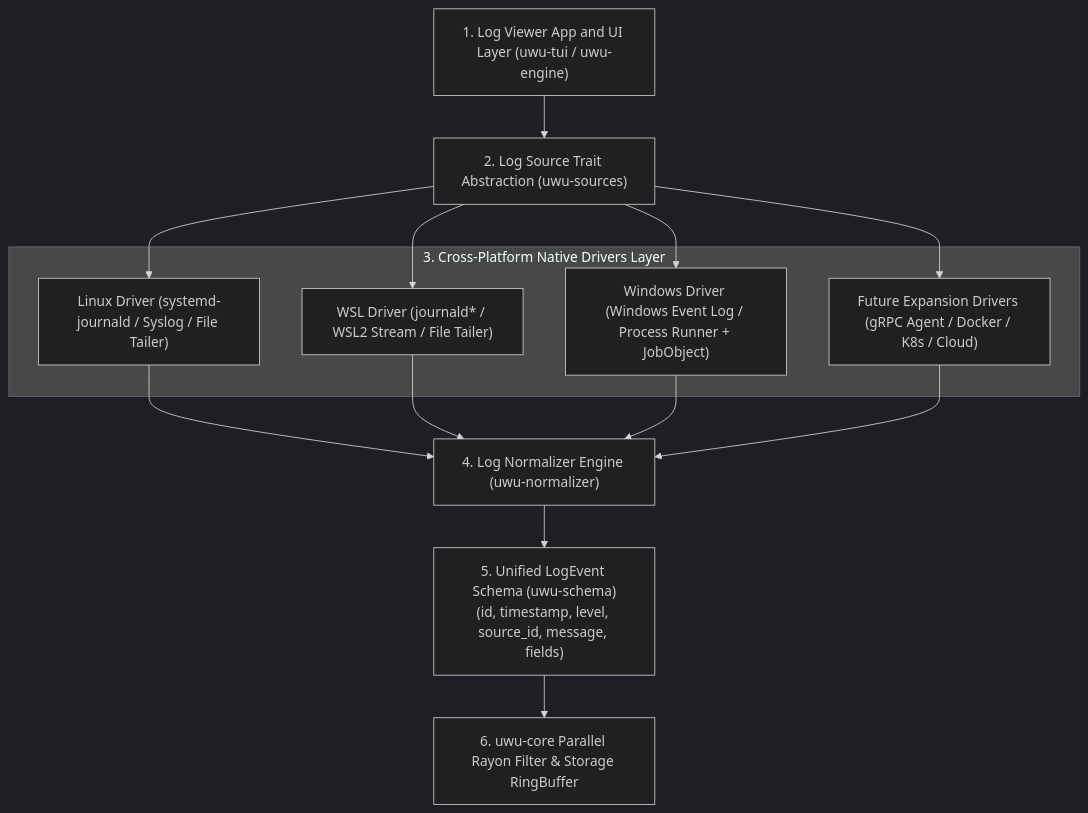
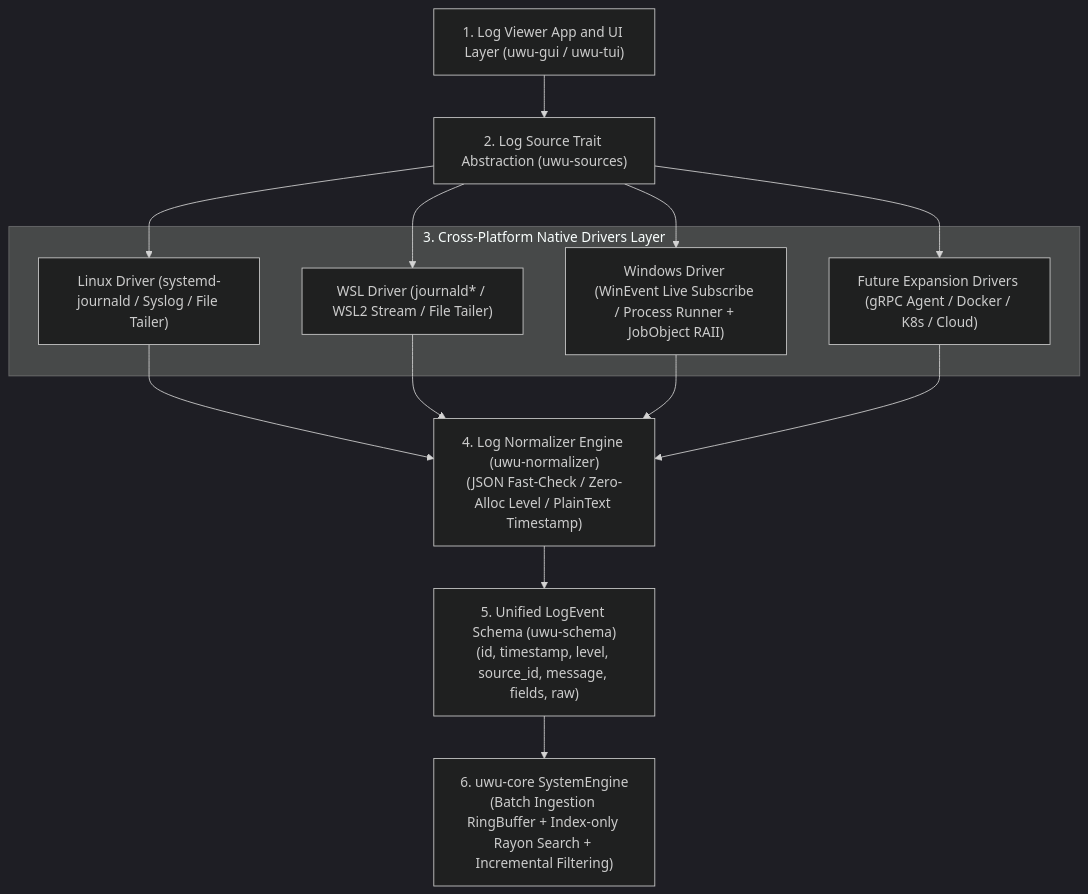
One commit to gavuhop/uwulog-rust changed the first of 3 diagrams in archi.md. Above: the diagram before and after it, drawn with Mermaid (dark theme). The commit also changed other lines of this file and 9 other files, not shown here.

````diff
--- a/archi.md
+++ b/archi.md
@@ -45,26 +45,26 @@
 ```mermaid
 flowchart TD
-    Viewer["1. Log Viewer App and UI Layer (uwu-tui / uwu-engine)"]
+    Viewer["1. Log Viewer App and UI Layer (uwu-gui / uwu-tui)"]
     Viewer --> LogSourceTrait["2. Log Source Trait Abstraction (uwu-sources)"]
     
     subgraph Drivers["3. Cross-Platform Native Drivers Layer"]
         LinuxDriver["Linux Driver (systemd-journald / Syslog / File Tailer)"]
         WSLDriver["WSL Driver (journald* / WSL2 Stream / File Tailer)"]
-        WinDriver["Windows Driver (Windows Event Log / Process Runner + JobObject)"]
+        WinDriver["Windows Driver (WinEvent Live Subscribe / Process Runner + JobObject RAII)"]
         FutureDriver["Future Expansion Drivers (gRPC Agent / Docker / K8s / Cloud)"]
     end
     
     LogSourceTrait --> LinuxDriver
     LogSourceTrait --> WSLDriver
     LogSourceTrait --> WinDriver
     LogSourceTrait --> FutureDriver
     
-    LinuxDriver --> Normalizer["4. Log Normalizer Engine (uwu-normalizer)"]
+    LinuxDriver --> Normalizer["4. Log Normalizer Engine (uwu-normalizer)<br/>(JSON Fast-Check / Zero-Alloc Level / PlainText Timestamp)"]
     WSLDriver --> Normalizer
     WinDriver --> Normalizer
     FutureDriver --> Normalizer
     
-    Normalizer --> LogEventSchema["5. Unified LogEvent Schema (uwu-schema)<br/>(id, timestamp, level, source_id, message, fields)"]
+    Normalizer --> LogEventSchema["5. Unified LogEvent Schema (uwu-schema)<br/>(id, timestamp, level, source_id, message, fields, raw)"]
     
-    LogEventSchema --> CoreEngine["6. uwu-core Parallel Rayon Filter & Storage RingBuffer"]
+    LogEventSchema --> CoreEngine["6. uwu-core SystemEngine<br/>(Batch Ingestion RingBuffer + Index-only Rayon Search + Incremental Filtering)"]
 ```
````
